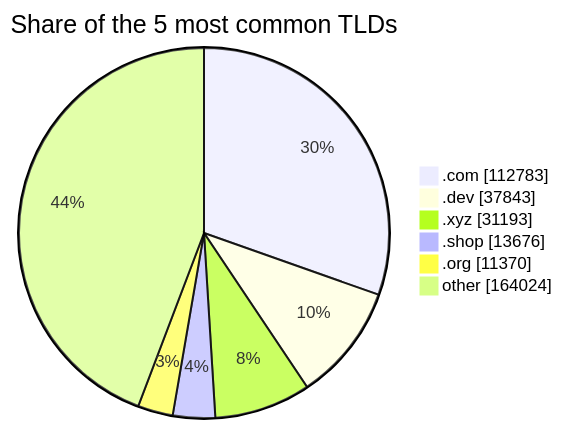
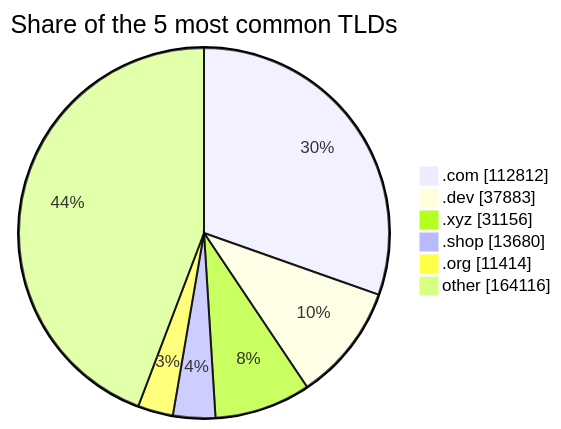
One commit to DNSBunker/CTI changed the third of 3 diagrams in README.md. Above: the diagram before and after it, drawn with Mermaid. The commit also changed other lines of this file and 3 other files, not shown here.

````diff
--- a/README.md
+++ b/README.md
@@ -81,9 +81,9 @@
 ```mermaid
 pie showData title Share of the 5 most common TLDs
-    ".com" : 112783
-    ".dev" : 37843
-    ".xyz" : 31193
-    ".shop" : 13676
-    ".org" : 11370
-    "other" : 164024
+    ".com" : 112812
+    ".dev" : 37883
+    ".xyz" : 31156
+    ".shop" : 13680
+    ".org" : 11414
+    "other" : 164116
 ```
````
